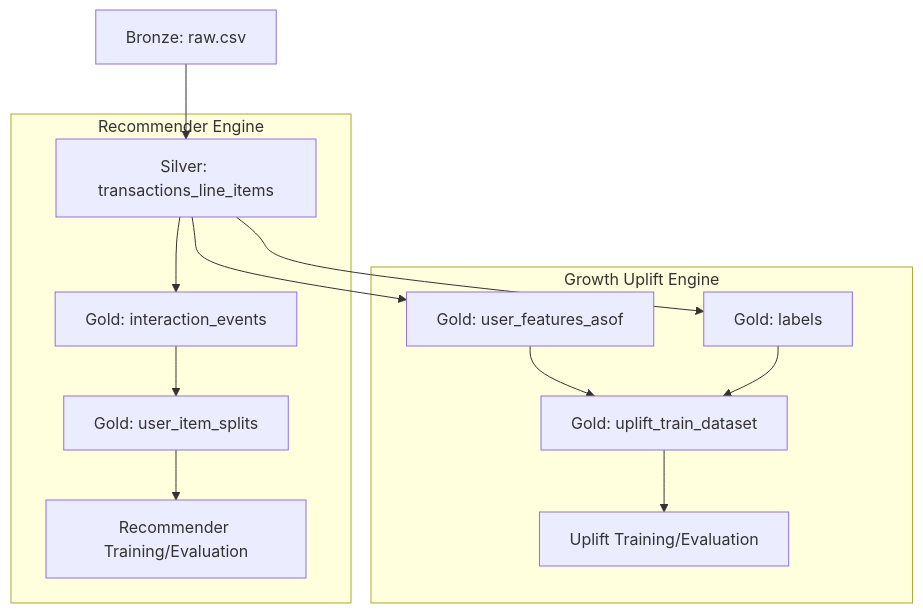
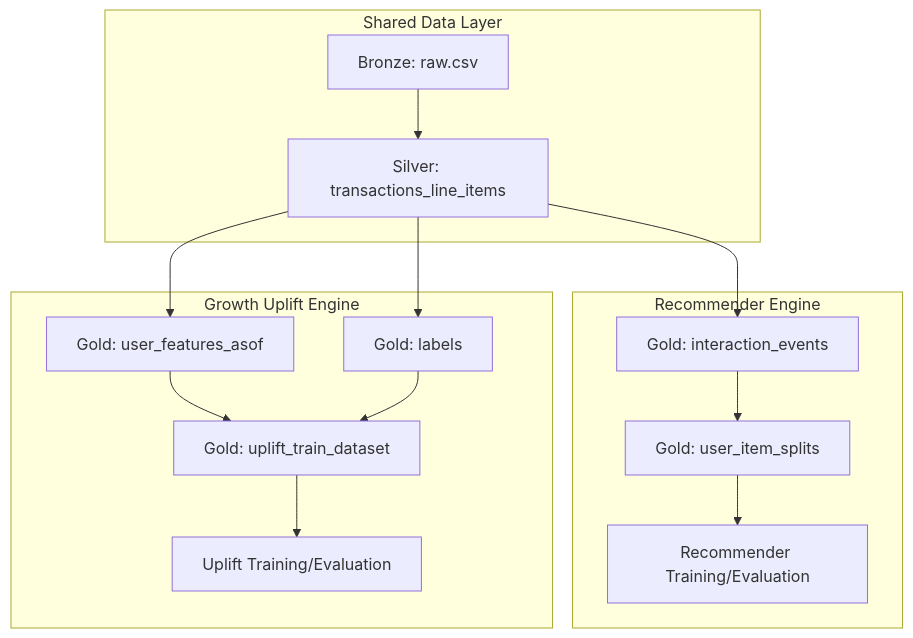
The diagram in docs/feature_store/diagrams/feature_store_target_model.mmd (Phrey001/mle-marketplace-growth), drawn with Mermaid before and after one commit. The commit also changed 1 other file, not shown here.

Commit message:
inline target data model .svg in feature store diagrams README.md

```diff
--- a/docs/feature_store/diagrams/feature_store_target_model.mmd
+++ b/docs/feature_store/diagrams/feature_store_target_model.mmd
@@ -1,16 +1,18 @@
 flowchart TD
-  A["Bronze: raw.csv"] --> B["Silver: transactions_line_items"]
+  subgraph shared_layer["Shared Data Layer"]
+    A["Bronze: raw.csv"] --> B["Silver: transactions_line_items"]
+  end
 
-  subgraph R["Recommender Engine"]
+  subgraph recommender_engine["Recommender Engine"]
     B --> C["Gold: interaction_events"]
     C --> E["Gold: user_item_splits"]
     E --> G["Recommender Training/Evaluation"]
   end
 
-  subgraph U["Growth Uplift Engine"]
+  subgraph uplift_engine["Growth Uplift Engine"]
     B --> D["Gold: user_features_asof"]
     B --> L["Gold: labels"]
     D --> T["Gold: uplift_train_dataset"]
     L --> T
     T --> F["Uplift Training/Evaluation"]
   end
```
